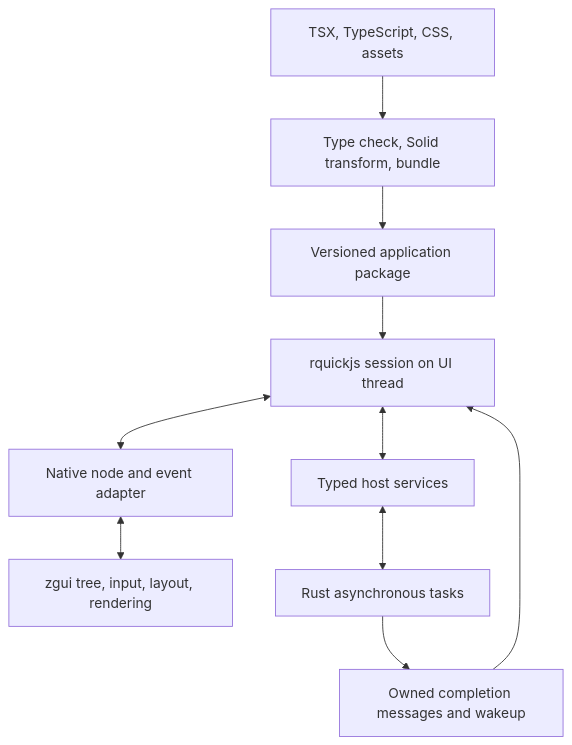
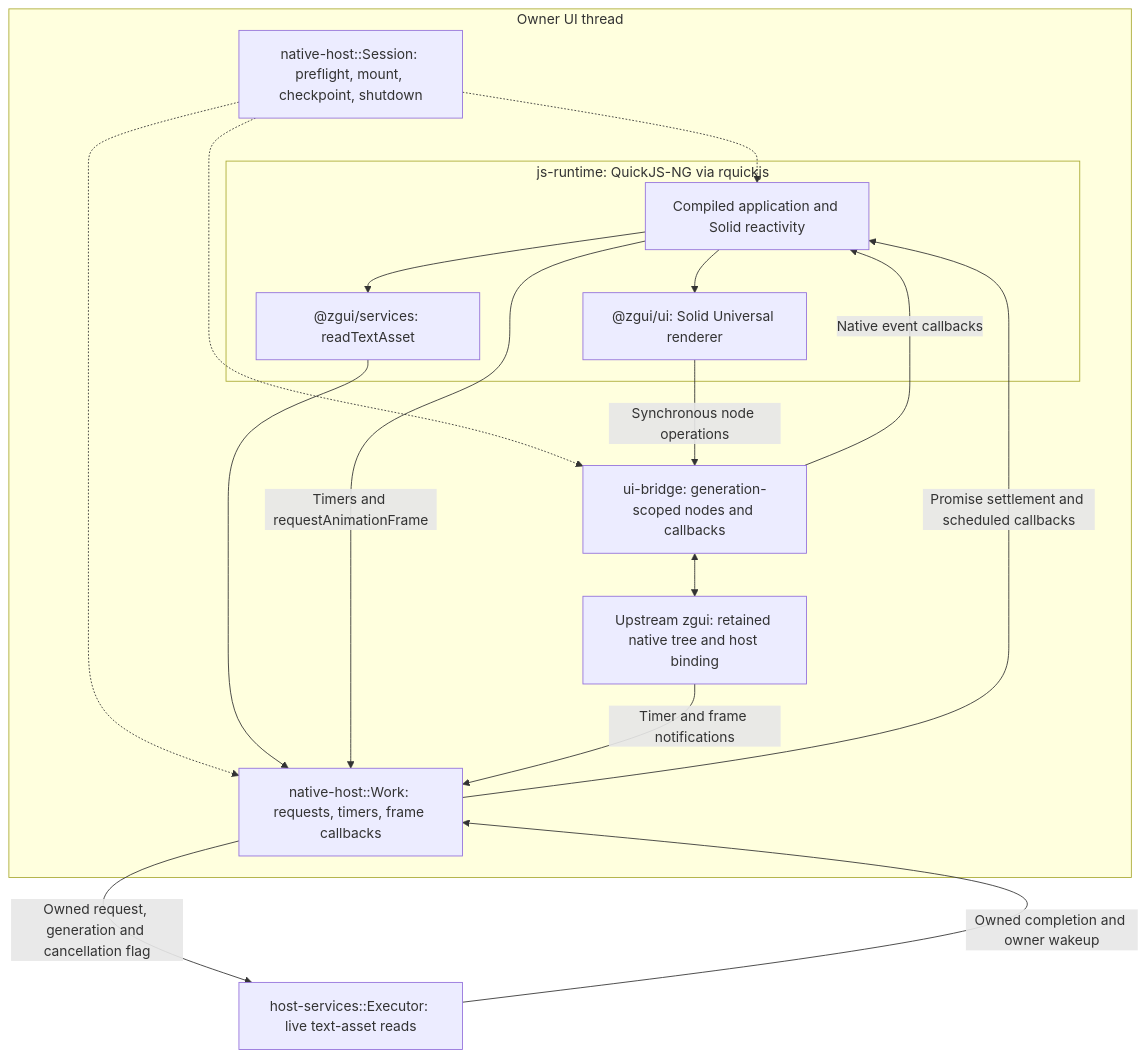
One commit to hewel/zgui-js changed the first of 3 diagrams in docs/development/tsx-native-ui.md. Above: the diagram before and after it, drawn with Mermaid. The commit also changed other lines of this file and 2 other files, not shown here.

Commit message:
docs: update project architecture diagrams
Document the build pipeline, owner-thread runtime boundaries, resource workers and shared native preview path. Clarify that platform and window-manager capabilities belong to upstream zgui.

```diff
--- a/docs/development/tsx-native-ui.md
+++ b/docs/development/tsx-native-ui.md
@@ -142,12 +144,28 @@
 ~~~mermaid
 flowchart TB
-    Source["TSX, TypeScript, CSS, assets"] --> Build["Type check, Solid transform, bundle"]
-    Build --> Package["Versioned application package"]
-    Package --> VM["rquickjs session on UI thread"]
-    VM <--> Adapter["Native node and event adapter"]
-    Adapter <--> Zgui["zgui tree, input, layout, rendering"]
-    VM <--> Services["Typed host services"]
-    Services <--> Workers["Rust asynchronous tasks"]
-    Workers --> Inbox["Owned completion messages and wakeup"]
-    Inbox --> VM
+    subgraph Owner["Owner UI thread"]
+        Session["native-host::Session: preflight, mount, checkpoint, shutdown"]
+        subgraph VM["js-runtime: QuickJS-NG via rquickjs"]
+            App["Compiled application and Solid reactivity"]
+            UI["@zgui/ui: Solid Universal renderer"]
+            SDK["@zgui/services: readTextAsset"]
+            App --> UI
+            App --> SDK
+        end
+        Bridge["ui-bridge: generation-scoped nodes and callbacks"]
+        Work["native-host::Work: requests, timers, frame callbacks"]
+        Native["Upstream zgui: retained native tree and host binding"]
+        Session -.-> App
+        Session -.-> Bridge
+        Session -.-> Work
+        UI -->|Synchronous node operations| Bridge
+        Bridge -->|Native event callbacks| App
+        Bridge <--> Native
+        SDK --> Work
+        App -->|Timers and requestAnimationFrame| Work
+        Native -->|Timer and frame notifications| Work
+        Work -->|Promise settlement and scheduled callbacks| App
+    end
+    Work -->|Owned request, generation and cancellation flag| Workers["host-services::Executor: live text-asset reads"]
+    Workers -->|Owned completion and owner wakeup| Work
 ~~~
```
